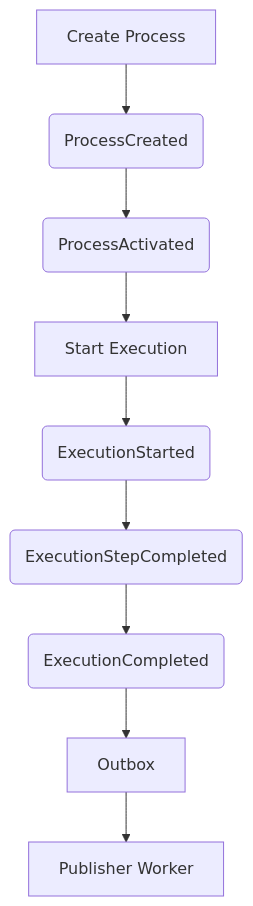
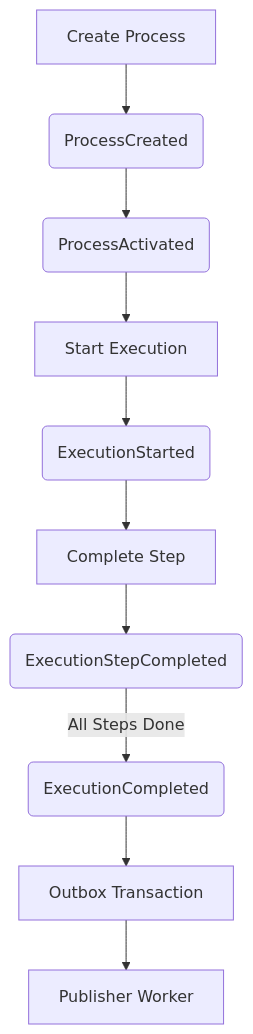
Before and after one commit to hxcCoder/saas-ticket-architecture-lab: the second of 2 diagrams in readme.md, drawn with Mermaid. The commit also changed other lines of this file and 1 other file, not shown here.

````diff
--- a/readme.md
+++ b/readme.md
@@ -102,11 +104,12 @@
 ```mermaid
 flowchart TD
     A[Create Process] --> B(ProcessCreated)
     B --> C(ProcessActivated)
     C --> D[Start Execution]
     D --> E(ExecutionStarted)
-    E --> F(ExecutionStepCompleted)
-    F --> G(ExecutionCompleted)
-    G --> H[Outbox]
-    H --> I[Publisher Worker]
+    E --> F[Complete Step]
+    F --> G(ExecutionStepCompleted)
+    G -->|All Steps Done| H(ExecutionCompleted)
+    H --> I[Outbox Transaction]
+    I --> J[Publisher Worker]
 ```
````
